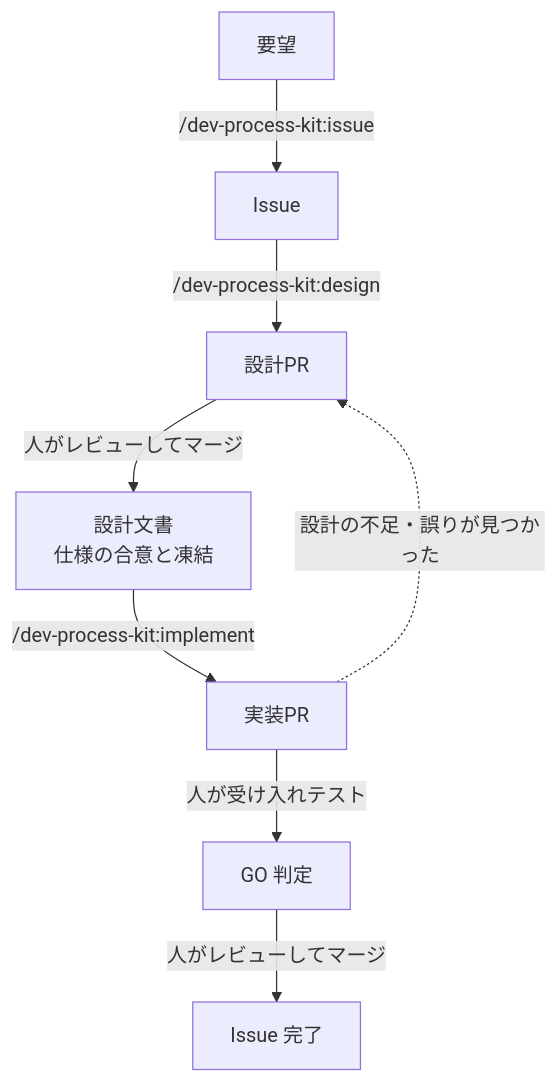
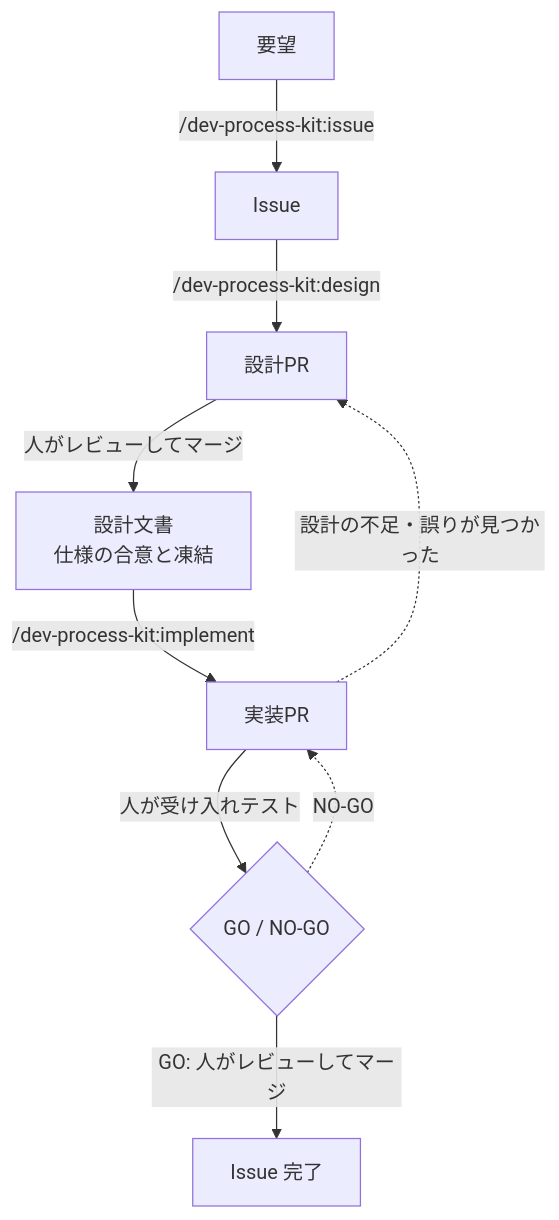
Before and after one commit to neko3cs/dev-process-kit: the diagram in README.md, drawn with Mermaid. The commit also changed other lines of this file, not shown here.

Commit message:
README の開発の流れに NO-GO で実装に戻る線を加える

````diff
--- a/README.md
+++ b/README.md
@@ -21,10 +21,11 @@
 ```mermaid
 flowchart TD
     A[要望] -->|"/dev-process-kit:issue"| B[Issue]
     B -->|"/dev-process-kit:design"| C[設計PR]
     C -->|人がレビューしてマージ| D[設計文書<br>仕様の合意と凍結]
     D -->|"/dev-process-kit:implement"| E[実装PR]
-    E -->|人が受け入れテスト| G[GO 判定]
-    G -->|人がレビューしてマージ| F[Issue 完了]
+    E -->|人が受け入れテスト| G{GO / NO-GO}
+    G -->|GO: 人がレビューしてマージ| F[Issue 完了]
+    G -.->|NO-GO| E
     E -.->|設計の不足・誤りが見つかった| C
 ```
````
